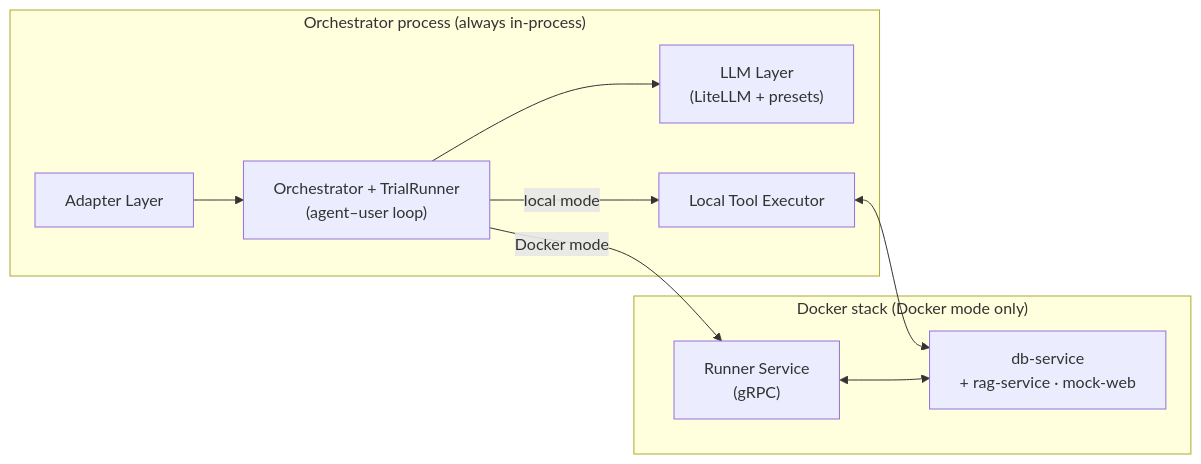
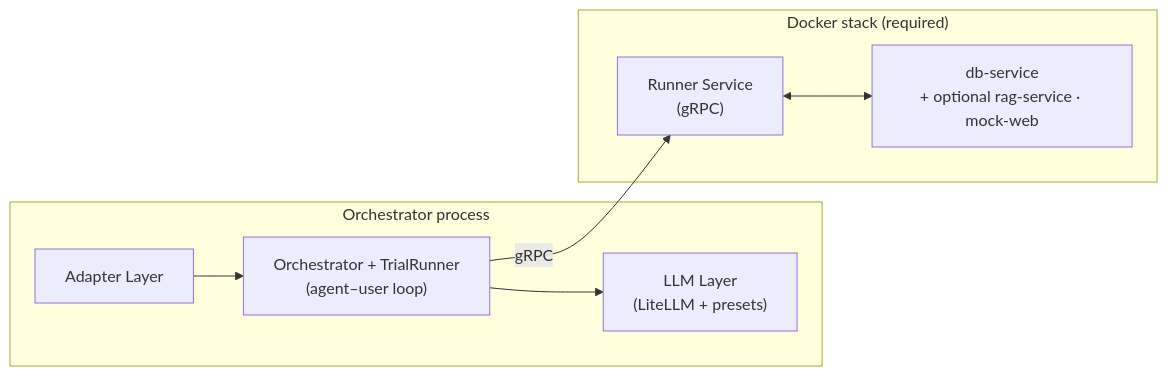
One commit to Toloka/tolokaforge changed the second of 5 diagrams in docs/architecture/README.md. Above: the diagram before and after it, drawn with Mermaid. The commit also changed other lines of this file, not shown here.

````diff
--- a/docs/architecture/README.md
+++ b/docs/architecture/README.md
@@ -97,21 +97,18 @@
 ```mermaid
 flowchart LR
-    subgraph Process["Orchestrator process (always in-process)"]
+    subgraph Process["Orchestrator process"]
         Adapter["Adapter Layer"]
         Loop["Orchestrator + TrialRunner<br/>(agent–user loop)"]
         LLM["LLM Layer<br/>(LiteLLM + presets)"]
-        Local["Local Tool Executor"]
     end
 
-    subgraph DockerStack["Docker stack (Docker mode only)"]
+    subgraph DockerStack["Docker stack (required)"]
         Runner["Runner Service<br/>(gRPC)"]
-        Env["db-service<br/>+ rag-service · mock-web"]
+        Env["db-service<br/>+ optional rag-service · mock-web"]
     end
 
     Adapter --> Loop
     Loop --> LLM
-    Loop -- "local mode" --> Local
-    Loop -- "Docker mode" --> Runner
-    Local <--> Env
+    Loop -->|gRPC| Runner
     Runner <--> Env
 ```
````
